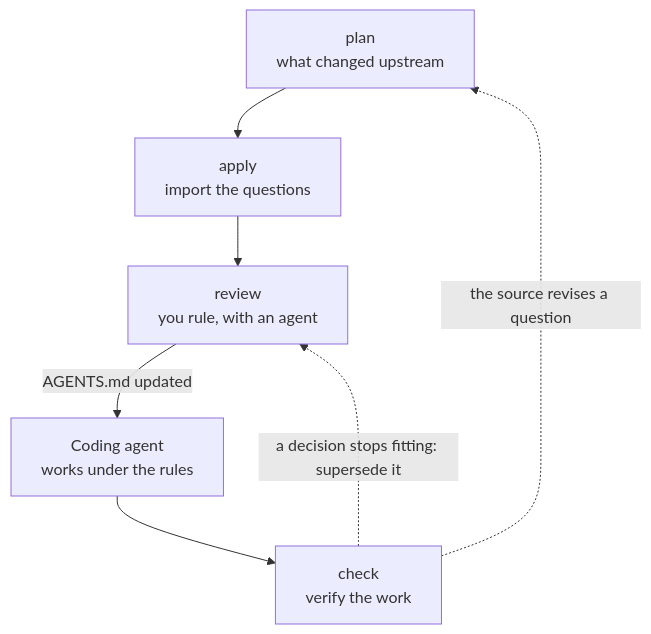
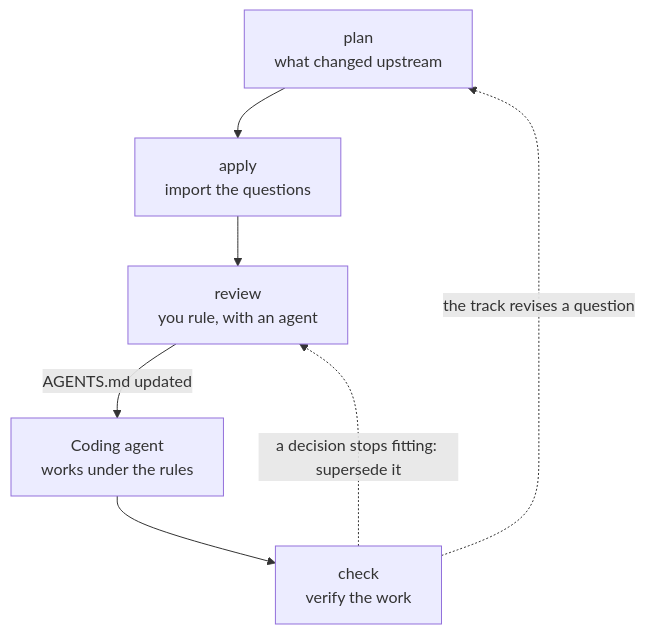
The second of 3 diagrams in docs/how-it-works.md (trivoallan/ontrack), drawn with Mermaid before and after one commit. The commit also changed other lines of this file and 67 other files, not shown here.

````diff
--- a/docs/how-it-works.md
+++ b/docs/how-it-works.md
@@ -83,13 +83,13 @@
 ```mermaid
 flowchart TD
   plan["plan<br/>what changed upstream"]
   apply["apply<br/>import the questions"]
   review["review<br/>you rule, with an agent"]
   work["Coding agent<br/>works under the rules"]
   check["check<br/>verify the work"]
   plan --> apply --> review
   review -->|"AGENTS.md updated"| work
   work --> check
-  check -.->|"the source revises a question"| plan
+  check -.->|"the track revises a question"| plan
   check -.->|"a decision stops fitting: supersede it"| review
 ```
````
